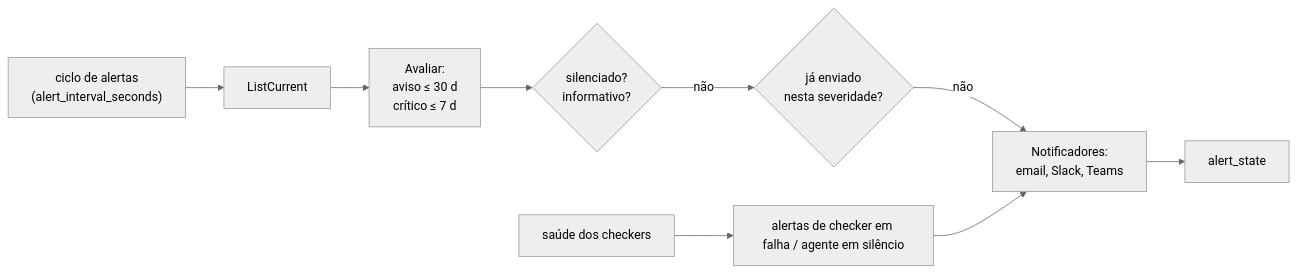
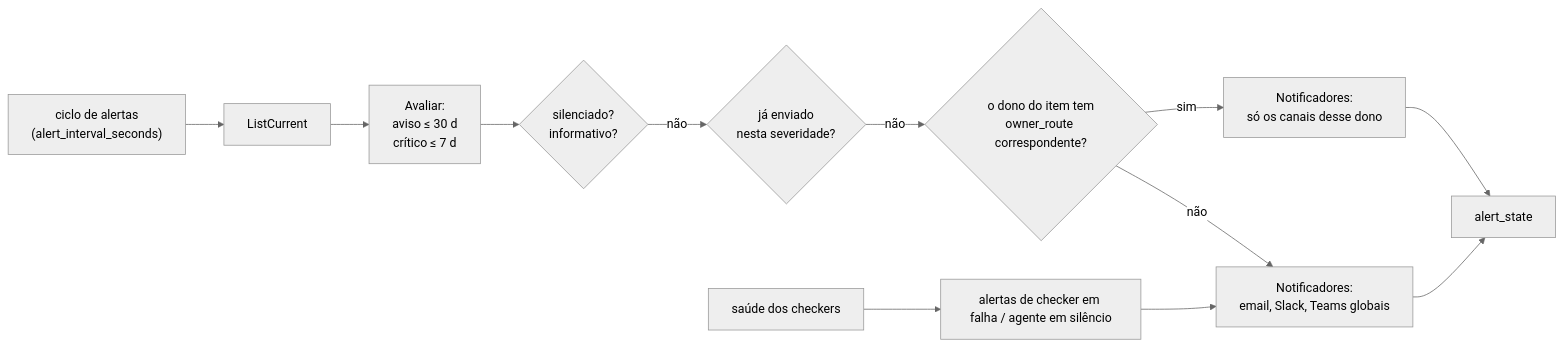
One commit to Joao-Paulino/expiry-radar changed the third of 5 diagrams in docs/ARQUITETURA.md. Above: the diagram before and after it, drawn with Mermaid (neutral theme). The commit also changed other lines of this file and 4 other files, not shown here.

````diff
--- a/docs/ARQUITETURA.md
+++ b/docs/ARQUITETURA.md
@@ -181,11 +183,14 @@
 ```mermaid
 flowchart LR
     T["ciclo de alertas<br/>(alert_interval_seconds)"] --> LC["ListCurrent"]
     LC --> EV["Avaliar:<br/>aviso ≤ 30 d<br/>crítico ≤ 7 d"]
     EV --> RU{"silenciado?<br/>informativo?"}
     RU -- não --> DD{"já enviado<br/>nesta severidade?"}
-    DD -- não --> NT["Notificadores:<br/>email, Slack, Teams"]
+    DD -- não --> OW{"o dono do item tem<br/>owner_route correspondente?"}
+    OW -- sim --> NTO["Notificadores:<br/>só os canais desse dono"]
+    OW -- não --> NT["Notificadores:<br/>email, Slack, Teams globais"]
+    NTO --> AS["alert_state"]
     NT --> AS["alert_state"]
     H["saúde dos checkers"] --> F["alertas de checker em falha / agente em silêncio"]
     F --> NT
 ```
````
